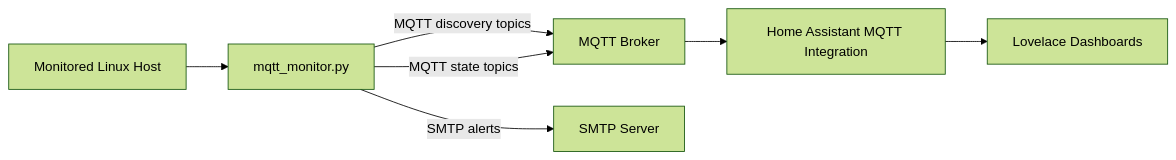
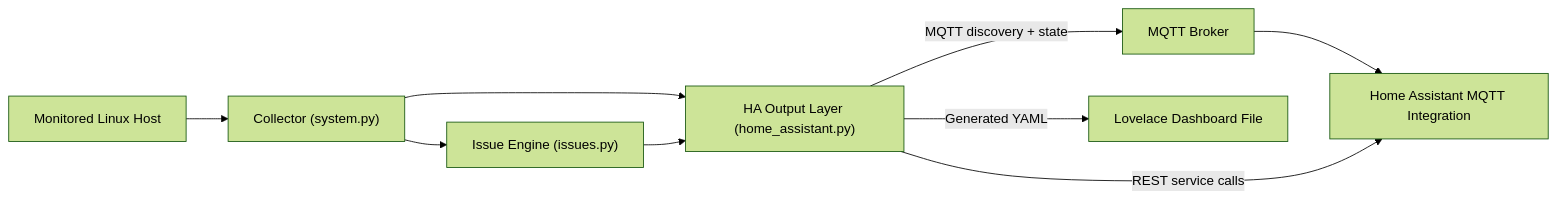
The diagram in docs/architecture.md (joaofolino/mqtt-monitor), drawn with Mermaid (forest theme) before and after one commit. The commit also changed other lines of this file and 23 other files, not shown here.

````diff
--- a/docs/architecture.md
+++ b/docs/architecture.md
@@ -16,9 +21,11 @@
 ```mermaid
 flowchart LR
-    Host["Monitored Linux Host"] --> Probe["mqtt_monitor.py"]
-    Probe -->|MQTT discovery topics| Broker["MQTT Broker"]
-    Probe -->|MQTT state topics| Broker
-    Broker --> HA["Home Assistant MQTT Integration"]
-    HA --> Dash["Lovelace Dashboards"]
-    Probe -->|SMTP alerts| Mail["SMTP Server"]
+    Host["Monitored Linux Host"] --> Collector["Collector (system.py)"]
+    Collector --> Issues["Issue Engine (issues.py)"]
+    Collector --> HA["HA Output Layer (home_assistant.py)"]
+    Issues --> HA
+    HA -->|MQTT discovery + state| Broker["MQTT Broker"]
+    Broker --> HomeAssistant["Home Assistant MQTT Integration"]
+    HA -->|REST service calls| HomeAssistant
+    HA -->|Generated YAML| Dashboard["Lovelace Dashboard File"]
 ```
````
